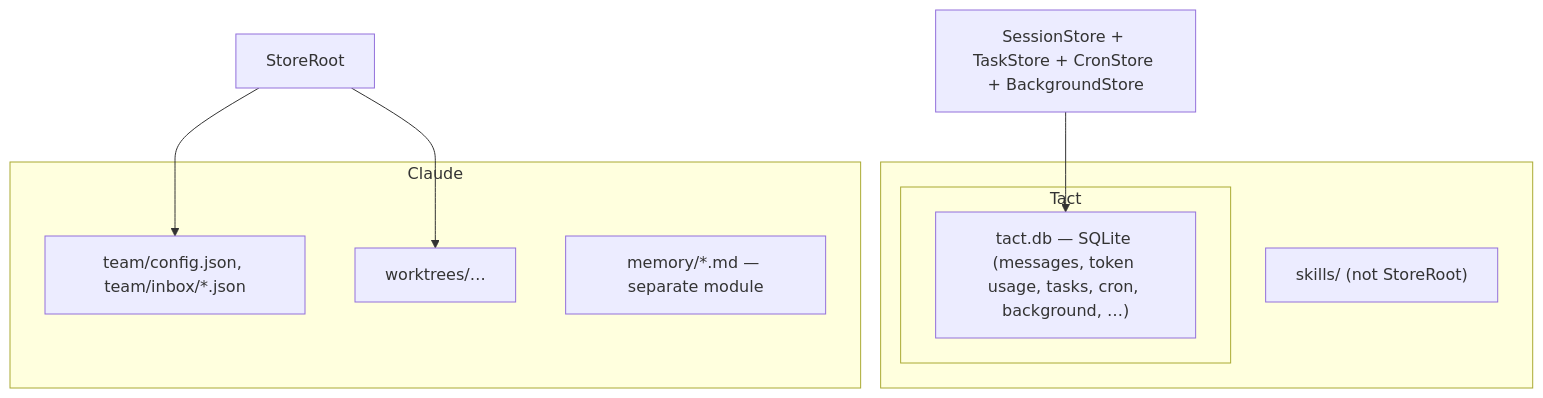
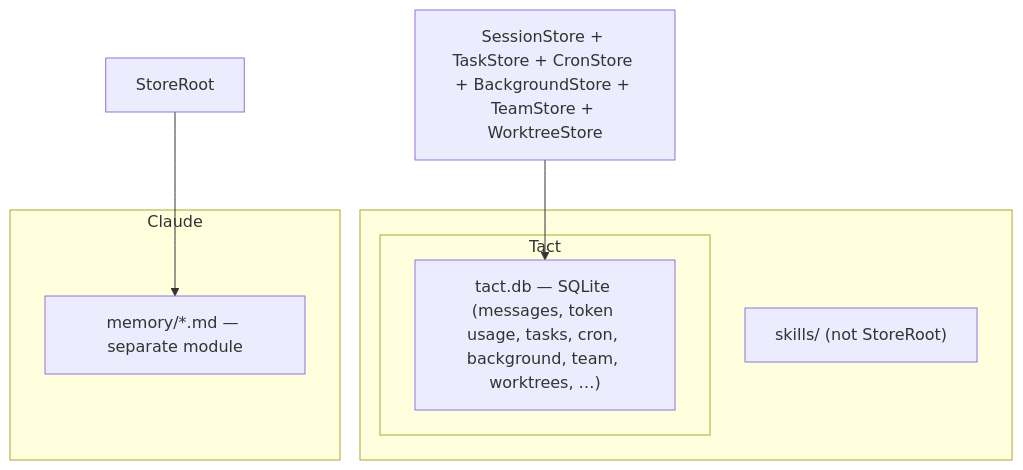
One commit to rust-infra/tact changed the first of 2 diagrams in book/01_chapter_store.md. Above: the diagram before and after it, drawn with Mermaid. The commit also changed other lines of this file and 20 other files, not shown here.

First line of the commit message:
feat(store): migrate team and worktree storage from JSON to SQLite

````diff
--- a/book/01_chapter_store.md
+++ b/book/01_chapter_store.md
@@ -19,23 +19,20 @@
 ```mermaid
 graph TB
     subgraph Workdir["<workdir>"]
         Tact[".tact/"]
         Tact[".tact/"]
         Skills["skills/ (not StoreRoot)"]
     end
 
     subgraph Tact
-        DB["tact.db — SQLite (messages, token usage, tasks, cron, background, …)"]
+        DB["tact.db — SQLite (messages, token usage, tasks, cron, background, team, worktrees, …)"]
     end
 
     subgraph Claude
-        Team["team/config.json, team/inbox/*.json"]
-        WT["worktrees/…"]
         Mem["memory/*.md — separate module"]
     end
 
-    SR[StoreRoot] --> Team
-    SR --> WT
+    SR[StoreRoot] --> Mem
 
-    SS[SessionStore + TaskStore + CronStore + BackgroundStore] --> DB
+    SS[SessionStore + TaskStore + CronStore + BackgroundStore + TeamStore + WorktreeStore] --> DB
 ```
````
